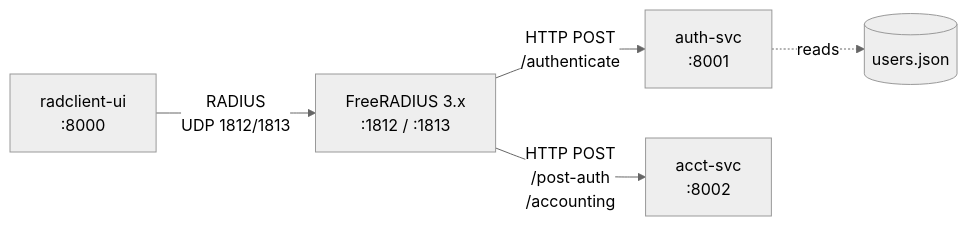
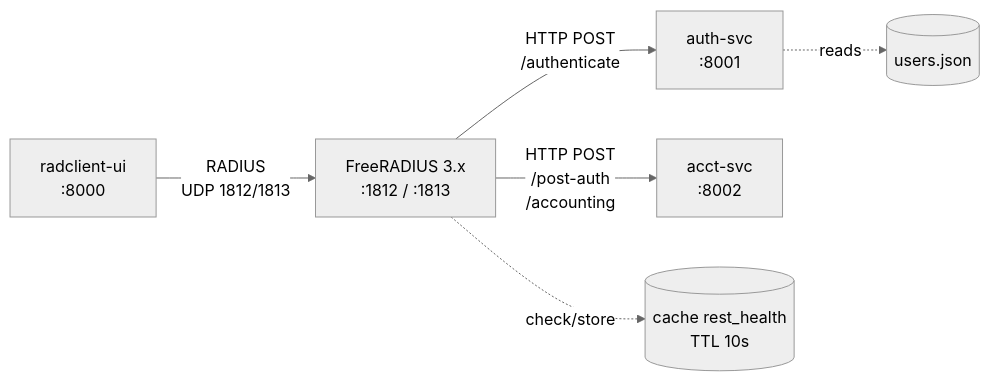
Before and after one commit to Work-Systems-Ltd/freeradius-http-auth: the first of 7 diagrams in README.md, drawn with Mermaid (neutral theme). The commit also changed other lines of this file, not shown here.

````diff
--- a/README.md
+++ b/README.md
@@ -9,7 +9,8 @@
 ```mermaid
 graph LR
     RC[radclient-ui<br/>:8000] -- "RADIUS<br/>UDP 1812/1813" --> FR[FreeRADIUS 3.x<br/>:1812 / :1813]
     FR -- "HTTP POST<br/>/authenticate" --> AS[auth-svc<br/>:8001]
     FR -- "HTTP POST<br/>/post-auth<br/>/accounting" --> AC[acct-svc<br/>:8002]
+    FR -. "check/store" .-> CH[(cache rest_health<br/>TTL 10s)]
     AS -. "reads" .-> UJ[(users.json)]
 ```
````
